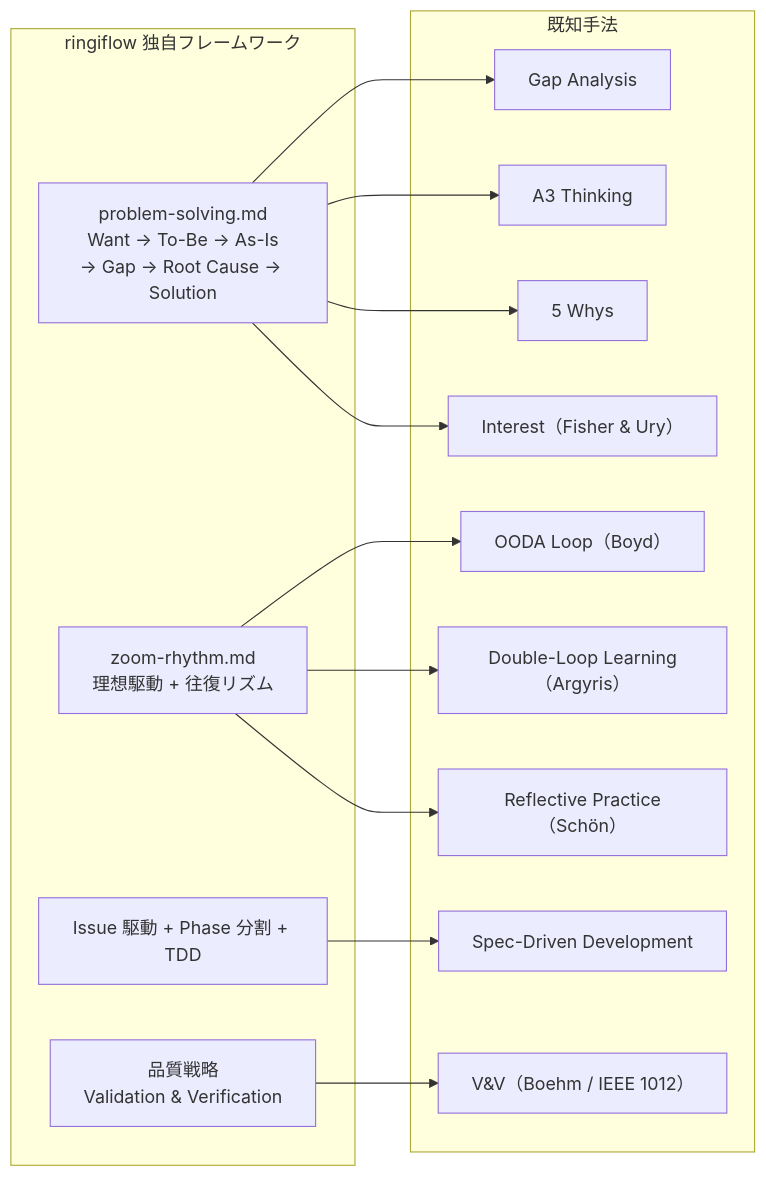
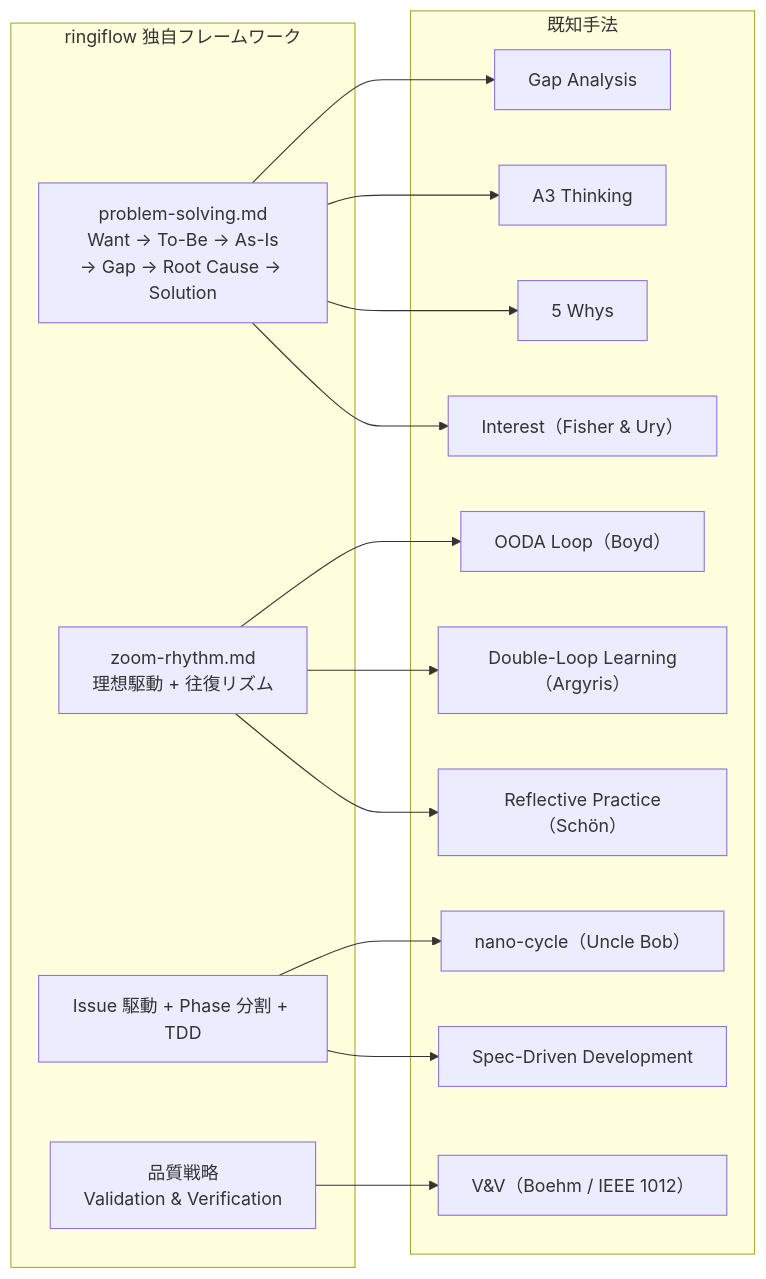
Before and after one commit to ka2kama/ringiflow: the diagram in docs/06_ナレッジベース/methodology/独自フレームワークと既知手法の対応.md, drawn with Mermaid. The commit also changed other lines of this file and 3 other files, not shown here.

````diff
--- a/docs/06_ナレッジベース/methodology/独自フレームワークと既知手法の対応.md
+++ b/docs/06_ナレッジベース/methodology/独自フレームワークと既知手法の対応.md
@@ -11,31 +11,33 @@
 ```mermaid
 flowchart LR
     subgraph ringiflow["ringiflow 独自フレームワーク"]
         PS["problem-solving.md<br/>Want → To-Be → As-Is<br/>→ Gap → Root Cause → Solution"]
         ZR["zoom-rhythm.md<br/>理想駆動 + 往復リズム"]
         ID["Issue 駆動 + Phase 分割 + TDD"]
         QS["品質戦略<br/>Validation & Verification"]
     end
 
     subgraph known["既知手法"]
         GA["Gap Analysis"]
         A3["A3 Thinking"]
         FW["5 Whys"]
         INT["Interest（Fisher & Ury）"]
         OODA["OODA Loop（Boyd）"]
         DL["Double-Loop Learning（Argyris）"]
         RP["Reflective Practice（Schön）"]
+        NC["nano-cycle（Uncle Bob）"]
         SDD["Spec-Driven Development"]
         VV["V&V（Boehm / IEEE 1012）"]
     end
 
     PS --> GA
     PS --> A3
     PS --> FW
     PS --> INT
     ZR --> OODA
     ZR --> DL
     ZR --> RP
+    ID --> NC
     ID --> SDD
     QS --> VV
 ```
````
